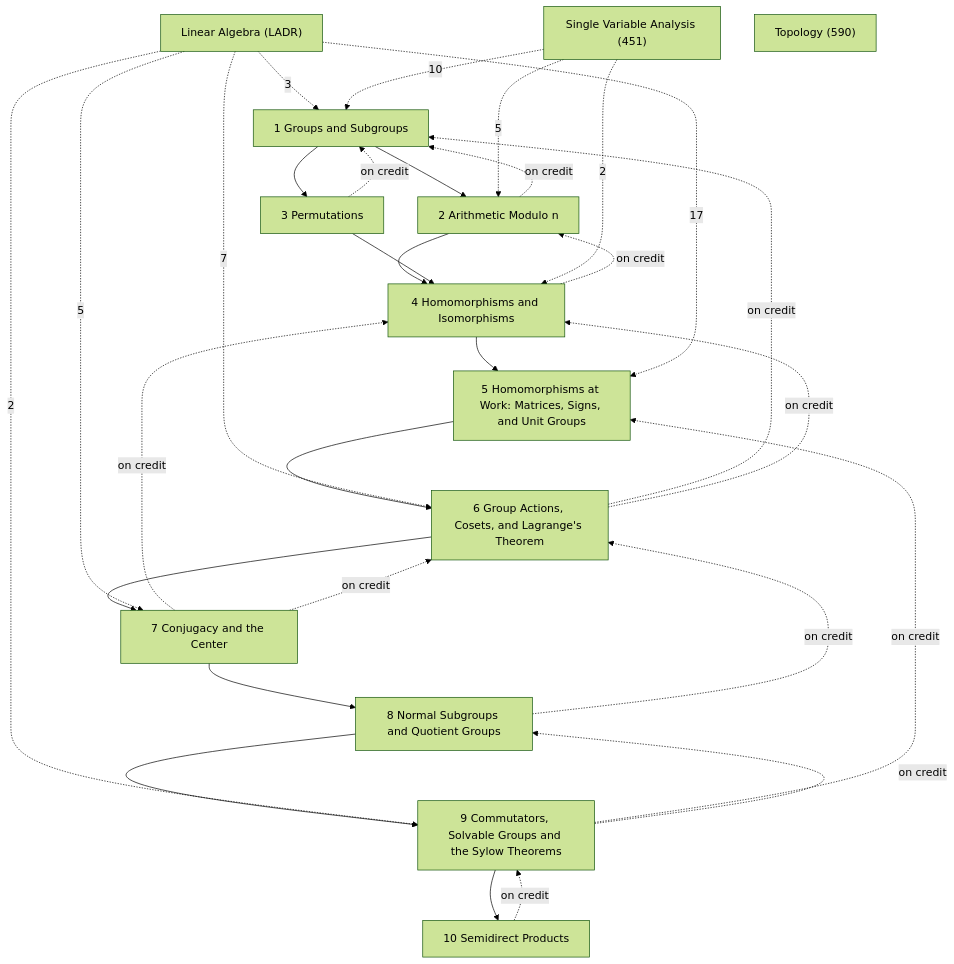
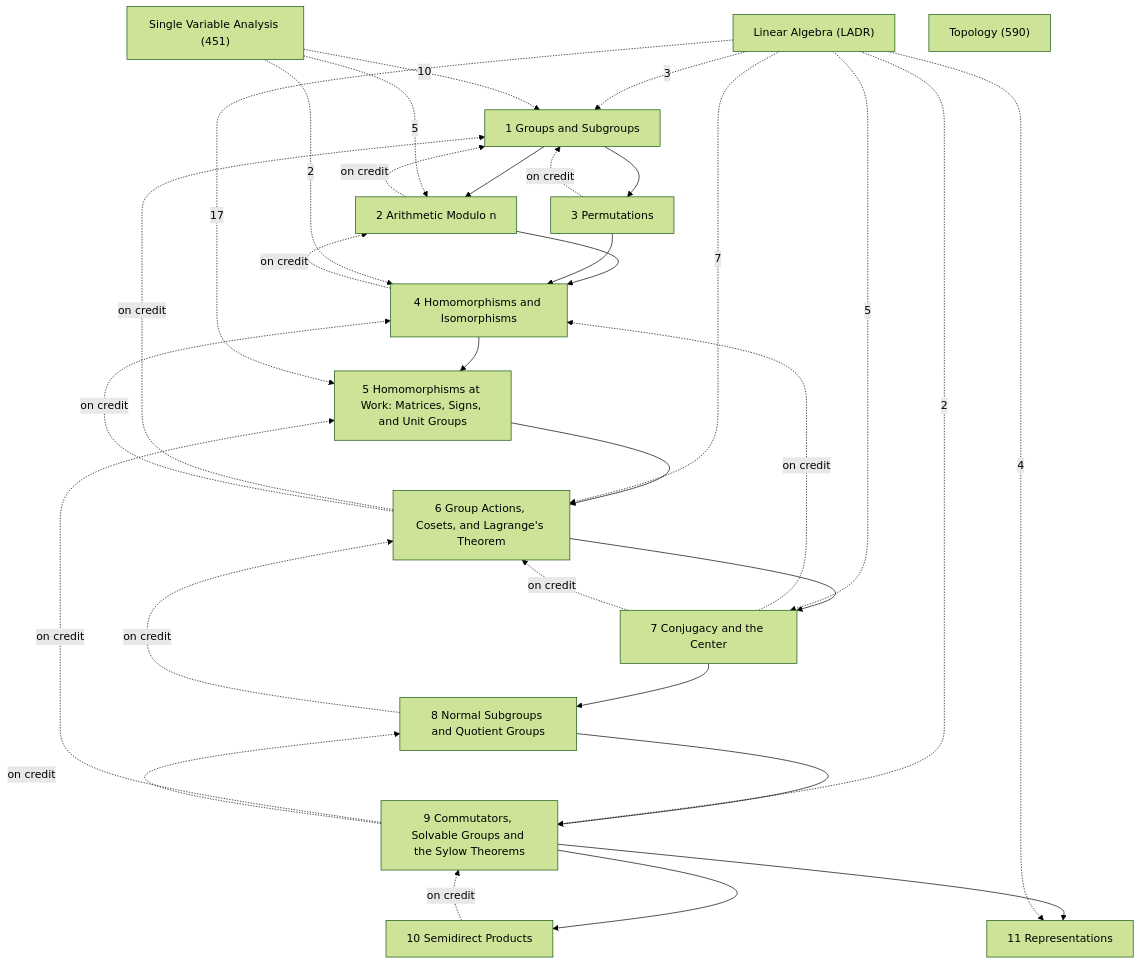
Before and after one commit to Onion20040508/notes: the diagram in Math/Group Theory/Group Theory.md, drawn with Mermaid (forest theme). The commit also changed other lines of this file and 370 other files, not shown here.

````diff
--- a/Math/Group Theory/Group Theory.md
+++ b/Math/Group Theory/Group Theory.md
@@ -27,45 +27,48 @@
 ```mermaid
 graph TD
   C1["1 Groups and Subgroups"]
   C2["2 Arithmetic Modulo n"]
   C3["3 Permutations"]
   C4["4 Homomorphisms and Isomorphisms"]
   C5["5 Homomorphisms at Work: Matrices, Signs, and Unit Groups"]
   C6["6 Group Actions, Cosets, and Lagrange's Theorem"]
   C7["7 Conjugacy and the Center"]
   C8["8 Normal Subgroups and Quotient Groups"]
   C9["9 Commutators, Solvable Groups and the Sylow Theorems"]
   C10["10 Semidirect Products"]
+  C11["11 Representations"]
   X1["Linear Algebra (LADR)"]
   X2["Single Variable Analysis (451)"]
   X3["Topology (590)"]
   C1 --> C2
   C1 --> C3
   C2 --> C4
   C3 --> C4
   C4 --> C5
   C5 --> C6
   C6 --> C7
   C7 --> C8
   C8 --> C9
   C9 --> C10
+  C9 --> C11
   C2 -.->|on credit| C1
   C3 -.->|on credit| C1
   C4 -.->|on credit| C2
   C6 -.->|on credit| C1
   C6 -.->|on credit| C4
   C7 -.->|on credit| C4
   C7 -.->|on credit| C6
   C8 -.->|on credit| C6
   C9 -.->|on credit| C5
   C9 -.->|on credit| C8
   C10 -.->|on credit| C9
   X1 -.->|3| C1
   X1 -.->|17| C5
   X1 -.->|7| C6
   X1 -.->|5| C7
   X1 -.->|2| C9
+  X1 -.->|4| C11
   X2 -.->|10| C1
   X2 -.->|5| C2
   X2 -.->|2| C4
 ```
````
